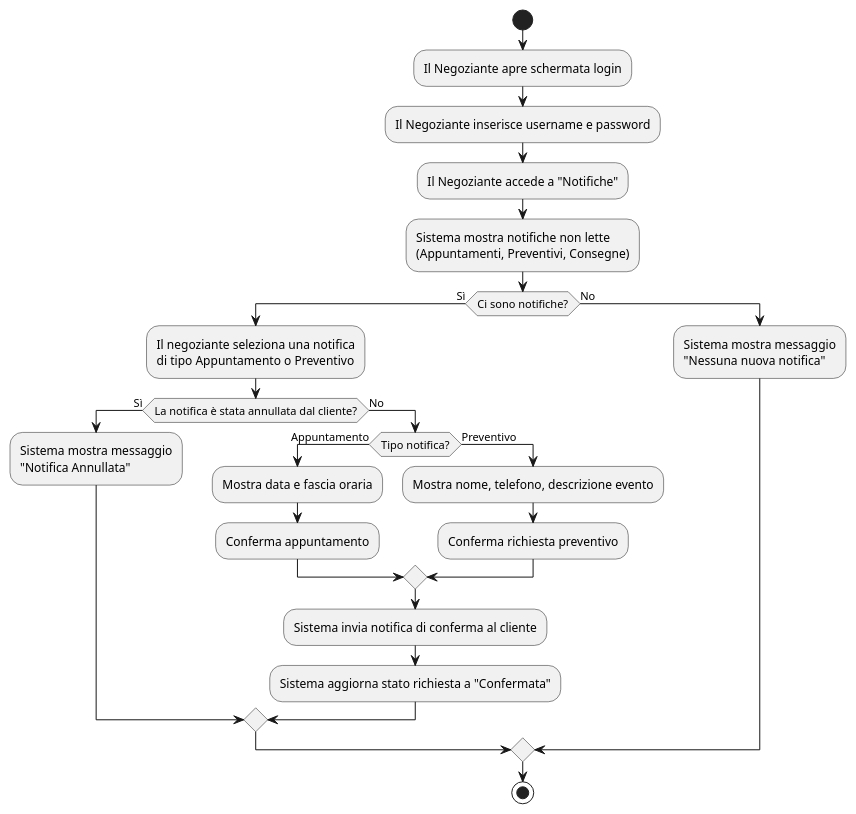
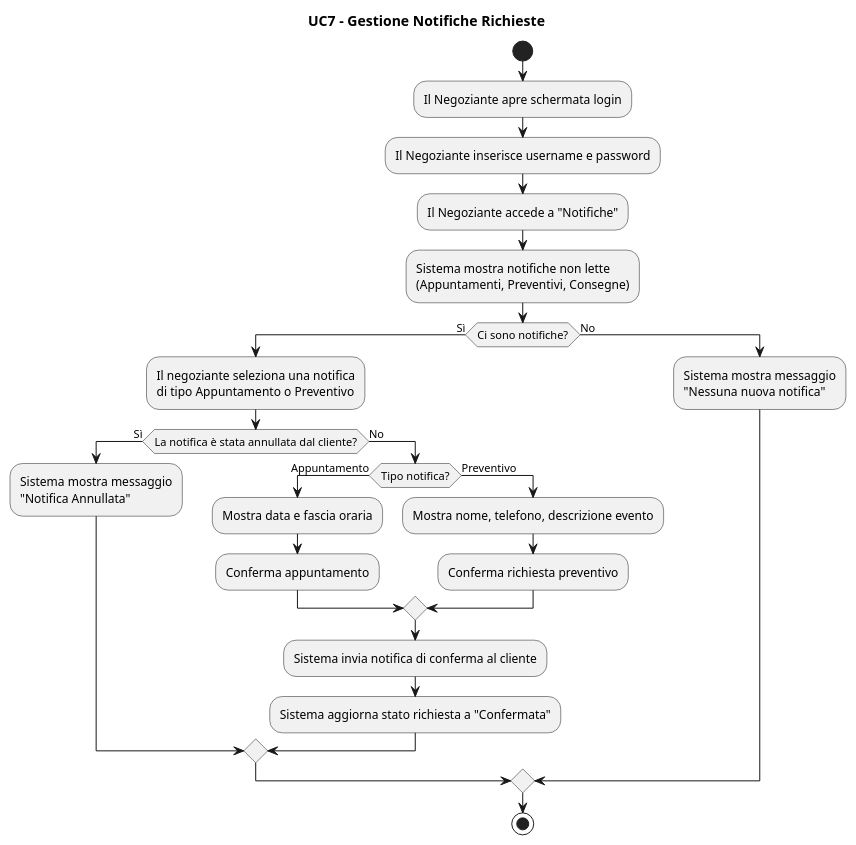
Before and after one commit to Samepsilon/FloWare: the diagram in diagrammiUML/diagrammi di attività/UC7_Gestione_Notifiche_Richieste.puml, drawn with PlantUML. The commit also changed 34 other files, not shown here.

```diff
--- a/diagrammiUML/diagrammi di attività/UC7_Gestione_Notifiche_Richieste.puml
+++ b/diagrammiUML/diagrammi di attività/UC7_Gestione_Notifiche_Richieste.puml
@@ -1,36 +1,37 @@
 @startuml
+title UC7 - Gestione Notifiche Richieste
 start
 
 :Il Negoziante apre schermata login;
 :Il Negoziante inserisce username e password;
 :Il Negoziante accede a "Notifiche";
 
 :Sistema mostra notifiche non lette 
 (Appuntamenti, Preventivi, Consegne);
 
 if (Ci sono notifiche?) then (Sì)
   :Il negoziante seleziona una notifica
   di tipo Appuntamento o Preventivo;
   
   if (La notifica è stata annullata dal cliente?) then (Sì)
     :Sistema mostra messaggio
     "Notifica Annullata";
   else (No)
     if (Tipo notifica?) then (Appuntamento)
       :Mostra data e fascia oraria;
       :Conferma appuntamento;
     else (Preventivo)
       :Mostra nome, telefono, descrizione evento;
       :Conferma richiesta preventivo;
     endif
     
     :Sistema invia notifica di conferma al cliente;
     :Sistema aggiorna stato richiesta a "Confermata";
   endif
 else (No)
   :Sistema mostra messaggio
   "Nessuna nuova notifica";
 endif
 
 stop
 @enduml
```
